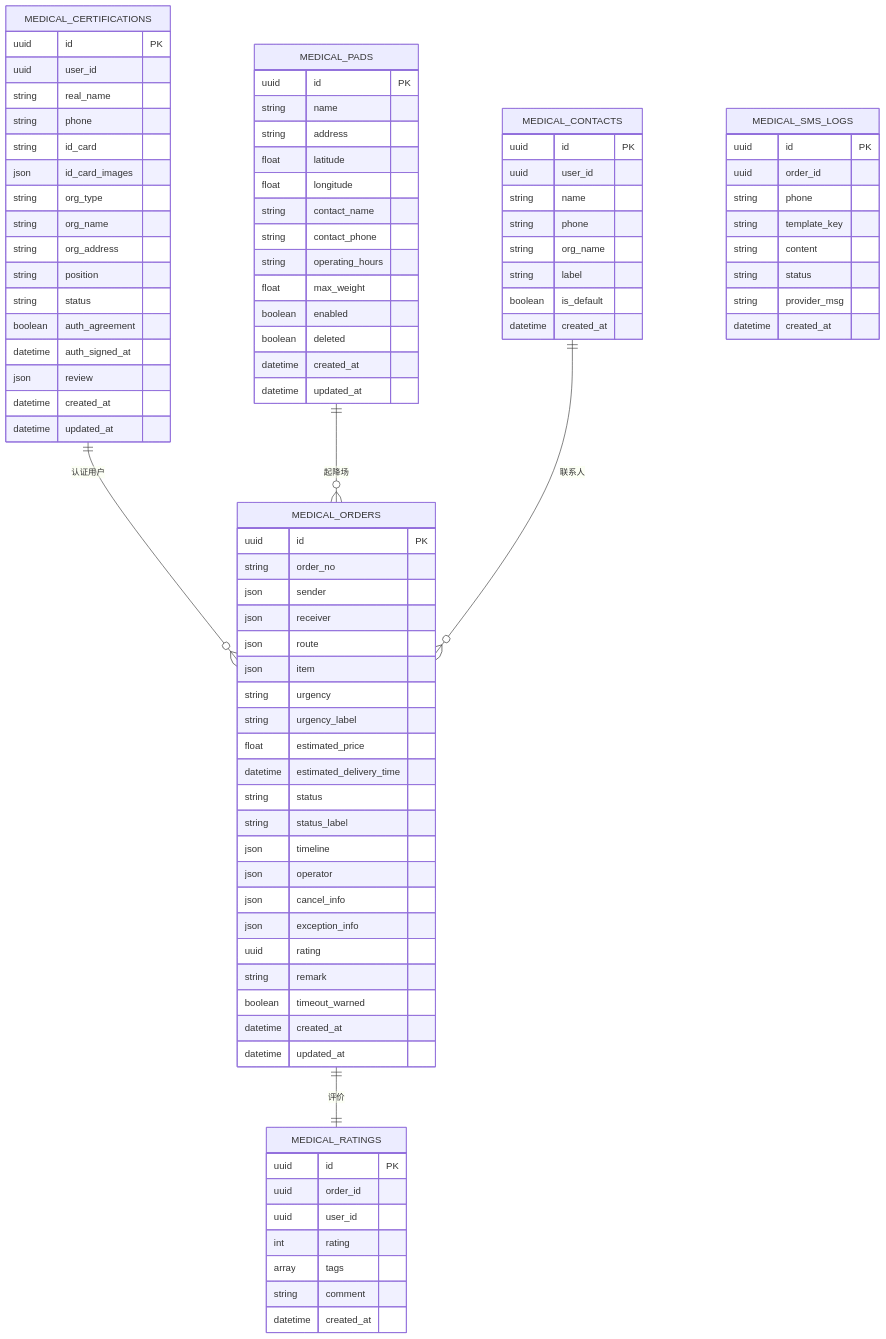
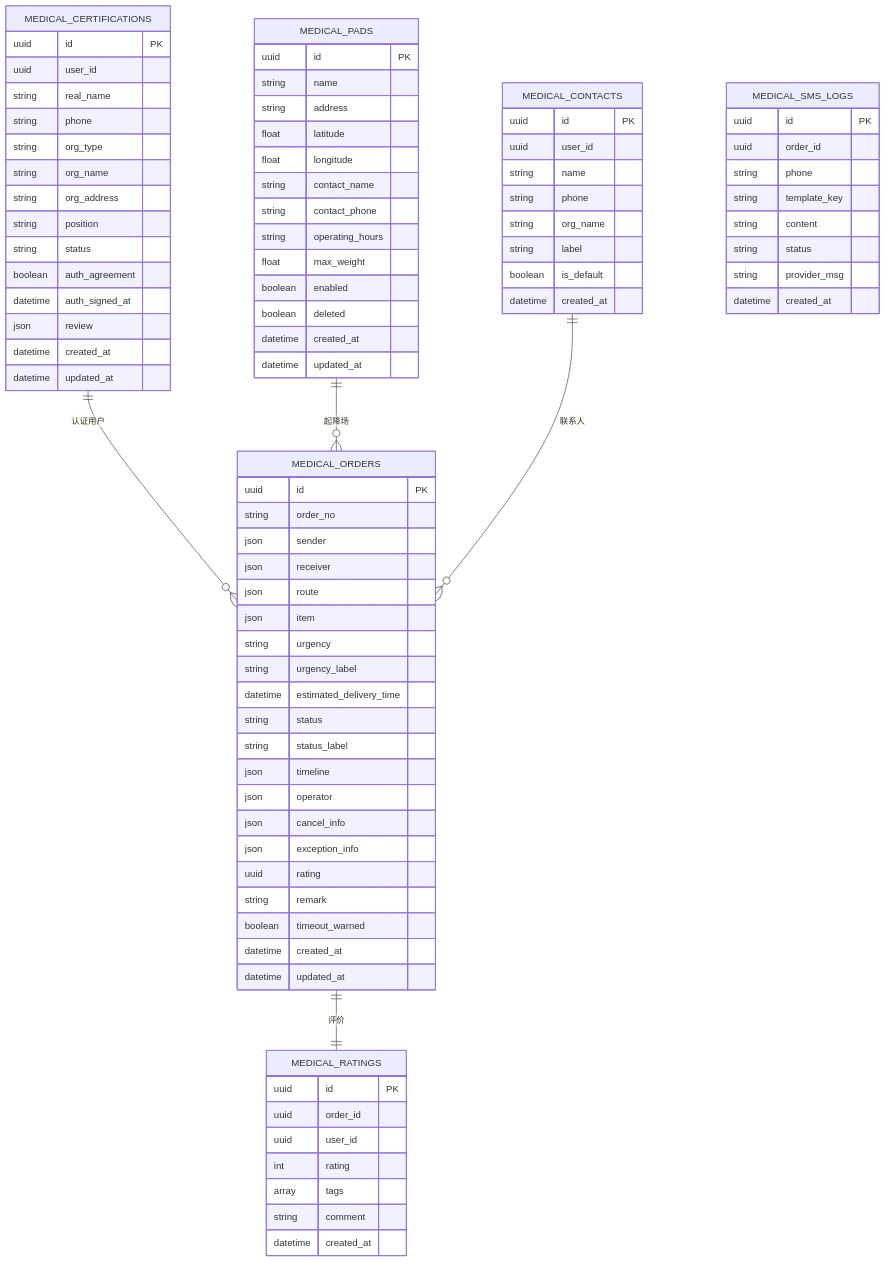
Diagram 17 of 18 in .qoder/repowiki/zh/content/业务功能模块/医疗配送模块功能设计.md (Giraffe-Han/microAPP), drawn with Mermaid before and after one commit. The commit also changed other lines of this file and 143 other files, not shown here.

```diff
--- a/.qoder/repowiki/zh/content/业务功能模块/医疗配送模块功能设计.md
+++ b/.qoder/repowiki/zh/content/业务功能模块/医疗配送模块功能设计.md
@@ -669,8 +683,6 @@
 uuid user_id
 string real_name
 string phone
-string id_card
-json id_card_images
 string org_type
 string org_name
 string org_address
@@ -716,7 +728,6 @@
 json item
 string urgency
 string urgency_label
-float estimated_price
 datetime estimated_delivery_time
 string status
 string status_label
```
